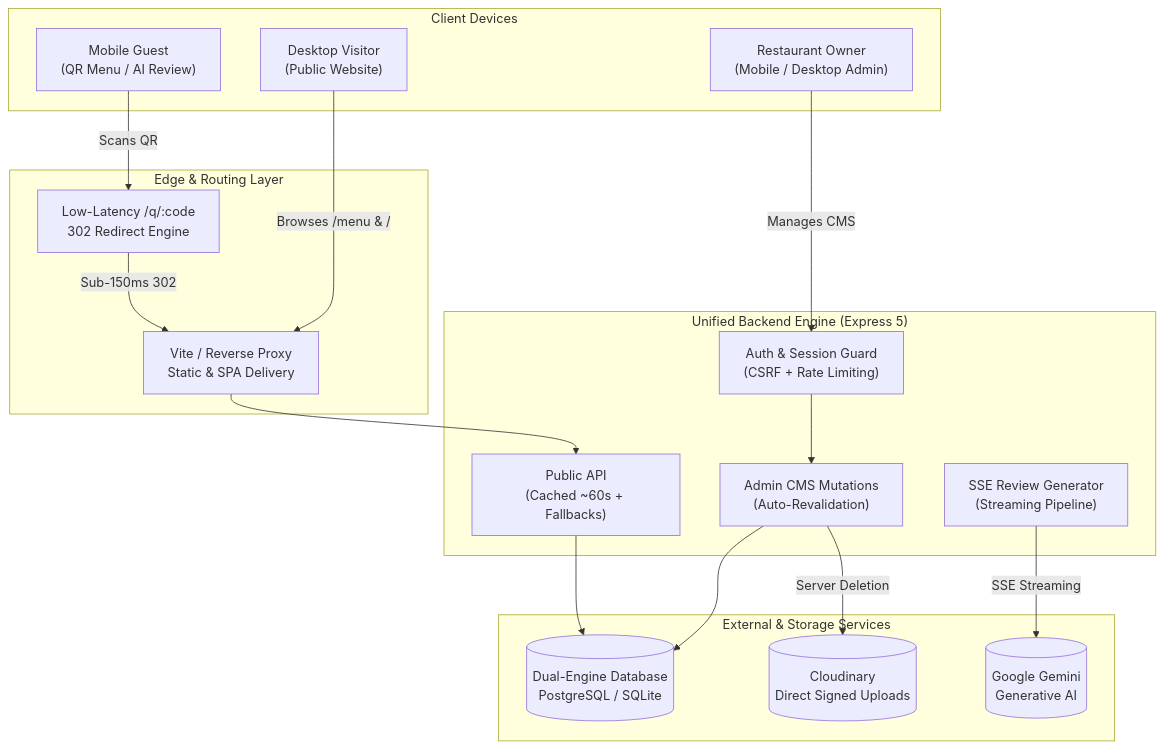
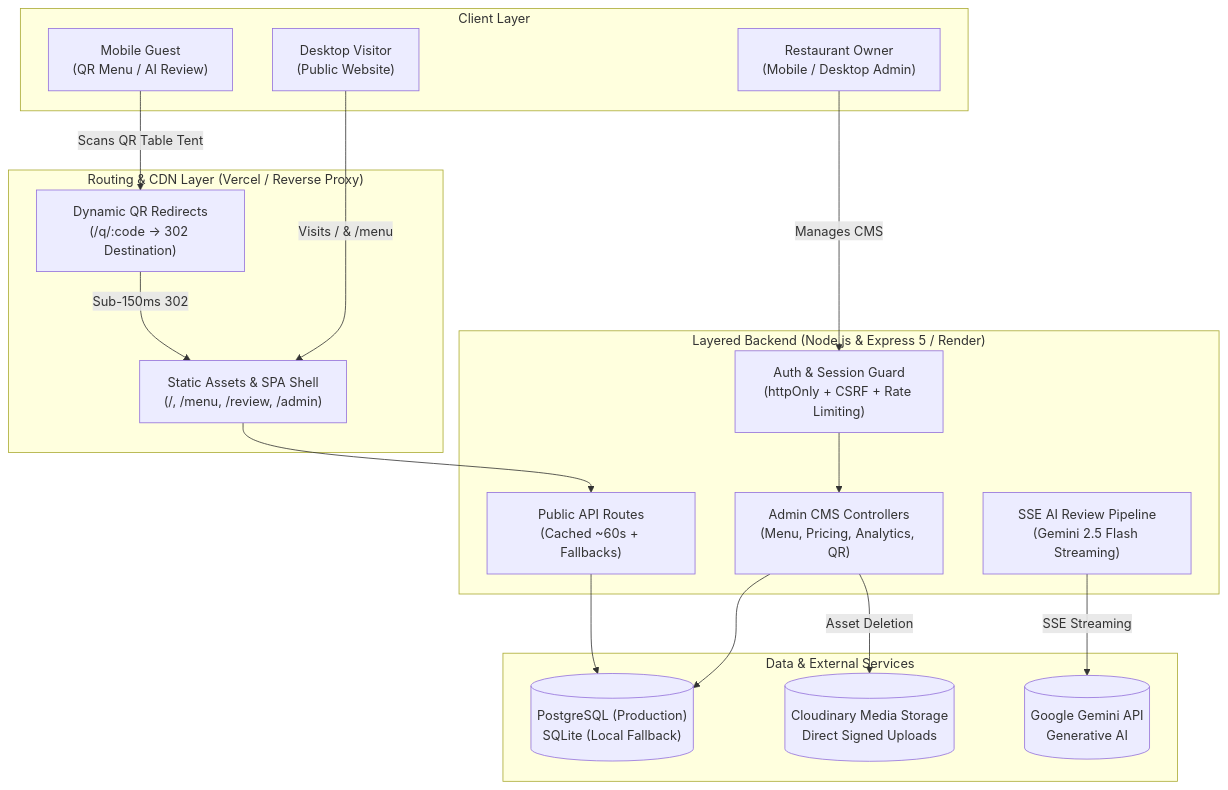
The diagram in README.md (Jeeerryyy/amol-), drawn with Mermaid before and after one commit. The commit also changed other lines of this file and 42 other files, not shown here.

Commit message:
refactor(arch): complete 16-phase production refactor, layered backend, OWASP hardening and Render/Vercel readiness

````diff
--- a/README.md
+++ b/README.md
@@ -29,37 +29,37 @@
 ```mermaid
 flowchart TD
-    subgraph Client ["Client Devices"]
-        MobileGuest["Mobile Guest\n(QR Menu / AI Review)"]
+    subgraph Clients ["Client Layer"]
+        GuestMobile["Mobile Guest\n(QR Menu / AI Review)"]
         WebVisitor["Desktop Visitor\n(Public Website)"]
         Owner["Restaurant Owner\n(Mobile / Desktop Admin)"]
     end
 
-    subgraph CDN ["Edge & Routing Layer"]
-        ViteEdge["Vite / Reverse Proxy\nStatic & SPA Delivery"]
-        QREngine["Low-Latency /q/:code\n302 Redirect Engine"]
+    subgraph Edge ["Routing & CDN Layer (Vercel / Reverse Proxy)"]
+        ViteEdge["Static Assets & SPA Shell\n(/, /menu, /review, /admin)"]
+        QREngine["Dynamic QR Redirects\n(/q/:code -> 302 Destination)"]
     end
 
-    subgraph Backend ["Unified Backend Engine (Express 5)"]
-        PublicAPI["Public API\n(Cached ~60s + Fallbacks)"]
-        AuthLayer["Auth & Session Guard\n(CSRF + Rate Limiting)"]
-        AdminAPI["Admin CMS Mutations\n(Auto-Revalidation)"]
-        AIStream["SSE Review Generator\n(Streaming Pipeline)"]
+    subgraph Backend ["Layered Backend (Node.js & Express 5 / Render)"]
+        PublicRoutes["Public API Routes\n(Cached ~60s + Fallbacks)"]
+        AuthMiddleware["Auth & Session Guard\n(httpOnly + CSRF + Rate Limiting)"]
+        AdminRoutes["Admin CMS Controllers\n(Menu, Pricing, Analytics, QR)"]
+        ReviewController["SSE AI Review Pipeline\n(Gemini 2.5 Flash Streaming)"]
     end
 
-    subgraph Services ["External & Storage Services"]
-        DB[("Dual-Engine Database\nPostgreSQL / SQLite")]
-        Cloudinary[("Cloudinary\nDirect Signed Uploads")]
-        Gemini[("Google Gemini\nGenerative AI")]
+    subgraph Storage ["Data & External Services"]
+        Database[("PostgreSQL (Production)\nSQLite (Local Fallback)")]
+        Cloudinary[("Cloudinary Media Storage\nDirect Signed Uploads")]
+        Gemini[("Google Gemini API\nGenerative AI")]
     end
 
-    MobileGuest -->|Scans QR| QREngine
+    GuestMobile -->|Scans QR Table Tent| QREngine
     QREngine -->|Sub-150ms 302| ViteEdge
-    WebVisitor -->|Browses /menu & /| ViteEdge
-    Owner -->|Manages CMS| AuthLayer
-    AuthLayer --> AdminAPI
-    ViteEdge --> PublicAPI
-    PublicAPI --> DB
-    AdminAPI --> DB
-    AdminAPI -->|Server Deletion| Cloudinary
-    AIStream -->|SSE Streaming| Gemini
+    WebVisitor -->|Visits / & /menu| ViteEdge
+    Owner -->|Manages CMS| AuthMiddleware
+    AuthMiddleware --> AdminRoutes
+    ViteEdge --> PublicRoutes
+    PublicRoutes --> Database
+    AdminRoutes --> Database
+    AdminRoutes -->|Asset Deletion| Cloudinary
+    ReviewController -->|SSE Streaming| Gemini
 ```
````
